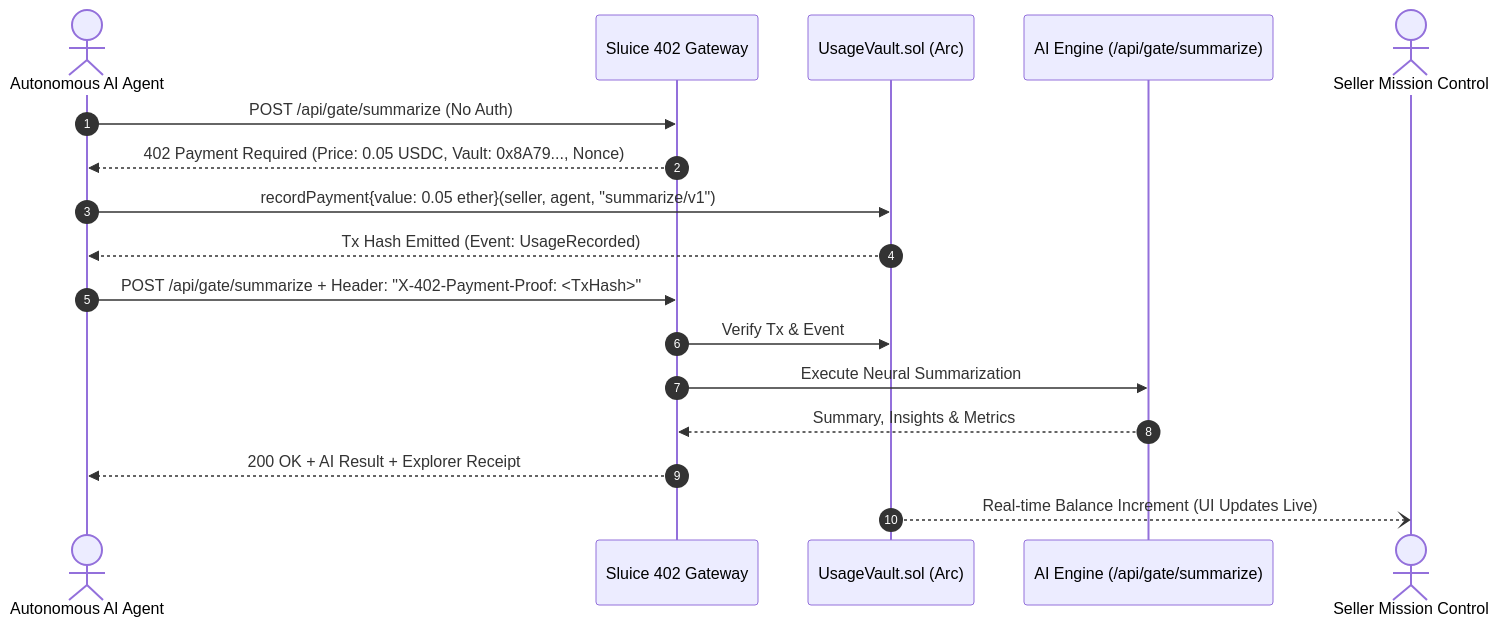
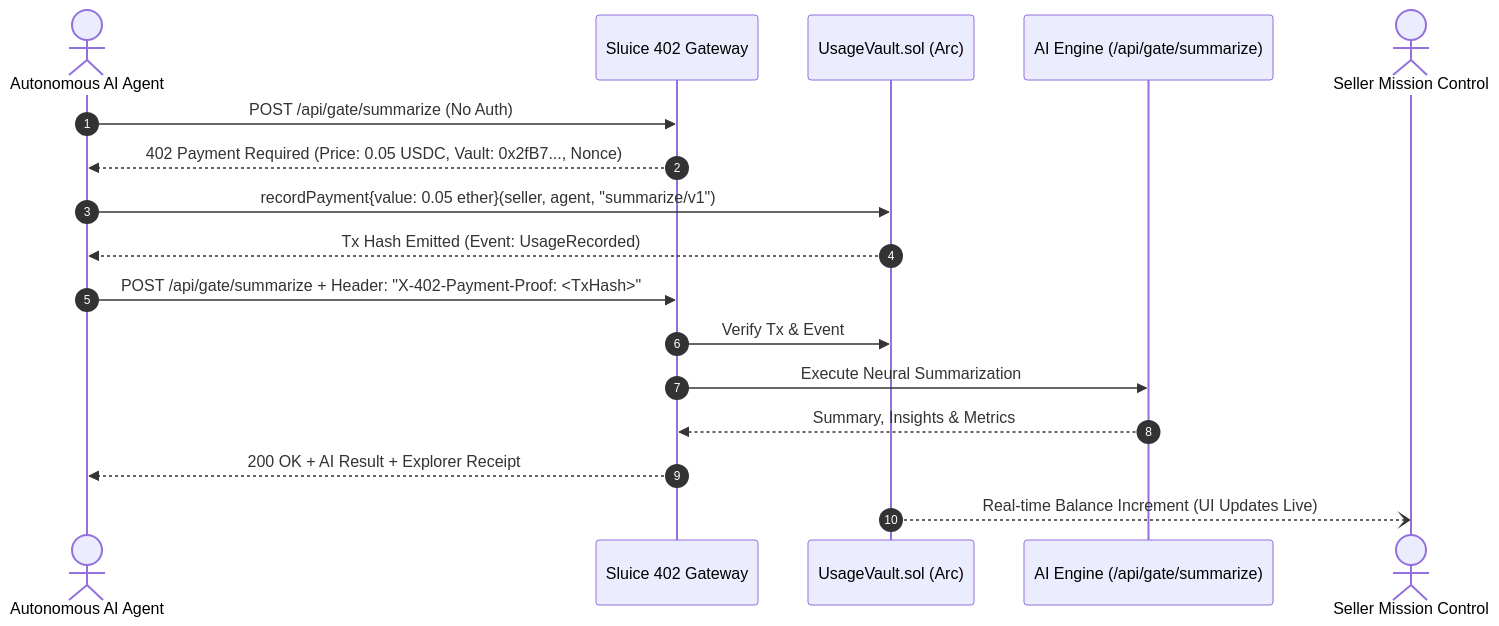
One commit to Mathan-dotcom/Sluice changed the diagram in ARCHITECTURE.md. Above: the diagram before and after it, drawn with Mermaid. The commit also changed 6 other files, not shown here.

````diff
--- a/ARCHITECTURE.md
+++ b/ARCHITECTURE.md
@@ -26,22 +26,22 @@
 ```mermaid
 sequenceDiagram
     autonumber
     actor Agent as Autonomous AI Agent
     participant Gateway as Sluice 402 Gateway
     participant Vault as UsageVault.sol (Arc)
     participant AI as AI Engine (/api/gate/summarize)
     actor Seller as Seller Mission Control
 
     Agent->>Gateway: POST /api/gate/summarize (No Auth)
-    Gateway-->>Agent: 402 Payment Required (Price: 0.05 USDC, Vault: 0x8A79..., Nonce)
+    Gateway-->>Agent: 402 Payment Required (Price: 0.05 USDC, Vault: 0x2fB7..., Nonce)
     
     Agent->>Vault: recordPayment{value: 0.05 ether}(seller, agent, "summarize/v1")
     Vault-->>Agent: Tx Hash Emitted (Event: UsageRecorded)
     
     Agent->>Gateway: POST /api/gate/summarize + Header: "X-402-Payment-Proof: <TxHash>"
     Gateway->>Vault: Verify Tx & Event
     Gateway->>AI: Execute Neural Summarization
     AI-->>Gateway: Summary, Insights & Metrics
     Gateway-->>Agent: 200 OK + AI Result + Explorer Receipt
     Vault--)Seller: Real-time Balance Increment (UI Updates Live)
 ```
````
